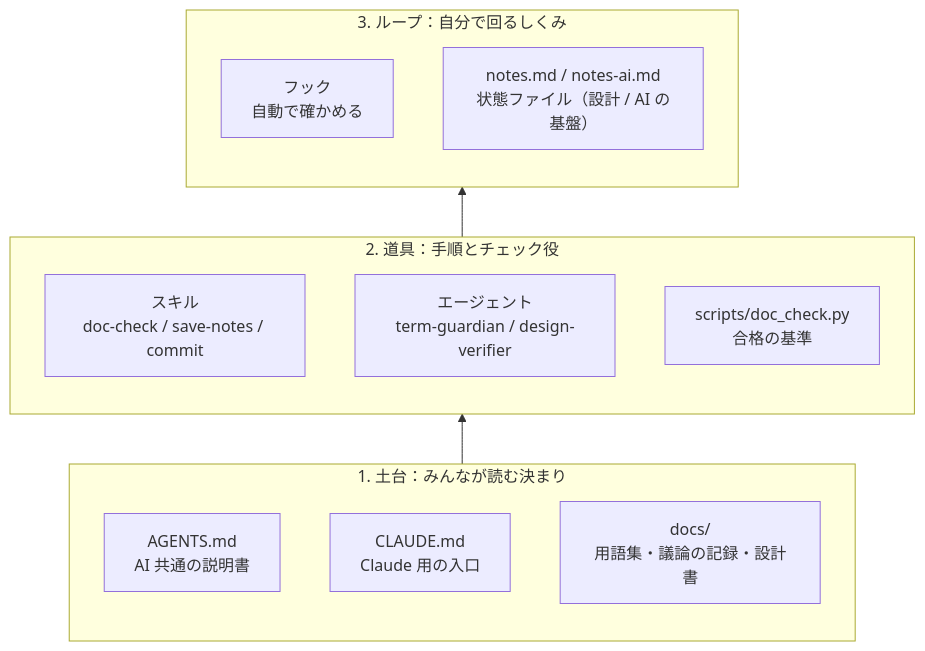
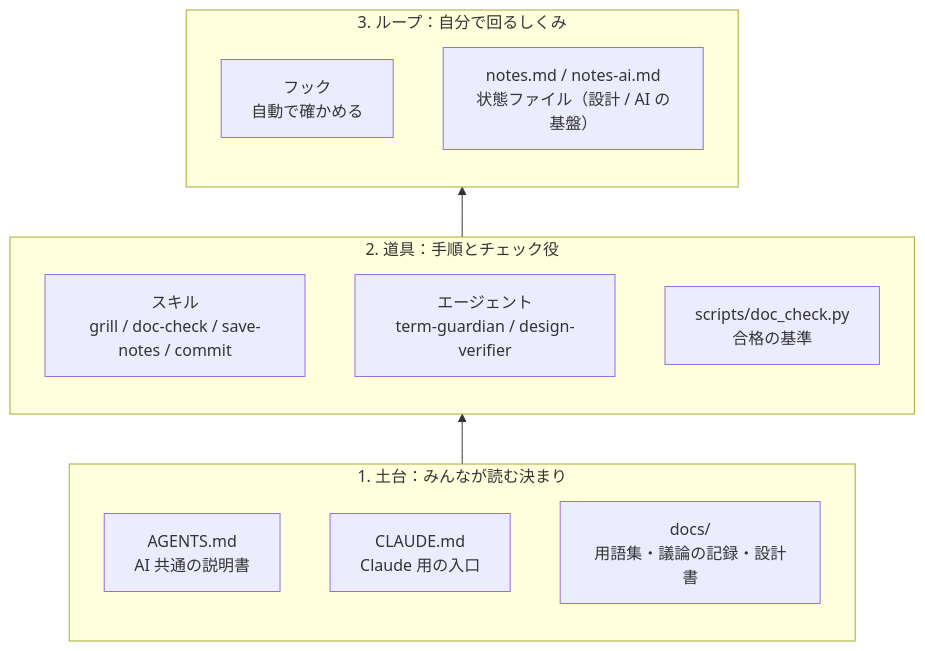
The first of 2 diagrams in .claude/README.md (capypara20/Foxonar), drawn with Mermaid before and after one commit. The commit also changed other lines of this file and 2 other files, not shown here.

Commit message:
設計を詰めるスキル grill を足す
mattpocock/skills の grilling と domain-modeling の考え方を借りて、
Foxonar の文書の形に合わせた（Roze が選んだ）。

- 宿題一覧の「決めること」を前提の木にし、今聞ける問いだけを、
  具体例とおすすめつきでボタンの 4 問ずつ聞く
- 決まったら回ごとに、設計書へ書いて宿題一覧から消す。理由や
  言葉に関わるものは議論の記録へ。木は作業メモに残す
- 調べれば分かることは聞かない。言葉のずれはその場で直す。
  決まったことを具体例で試し、ほころびを木に足す
- CLAUDE.md のスキルの表と、.claude/README.md に grill を足した

````diff
--- a/.claude/README.md
+++ b/.claude/README.md
@@ -14,18 +14,18 @@
 ```mermaid
 flowchart BT
   subgraph base["1. 土台：みんなが読む決まり"]
     agents["AGENTS.md<br>AI 共通の説明書"]
     claude["CLAUDE.md<br>Claude 用の入口"]
     docs["docs/<br>用語集・議論の記録・設計書"]
   end
   subgraph tools["2. 道具：手順とチェック役"]
-    skills["スキル<br>doc-check / save-notes / commit"]
+    skills["スキル<br>grill / doc-check / save-notes / commit"]
     subagents["エージェント<br>term-guardian / design-verifier"]
     script["scripts/doc_check.py<br>合格の基準"]
   end
   subgraph loop["3. ループ：自分で回るしくみ"]
     hooks["フック<br>自動で確かめる"]
     notes["notes.md / notes-ai.md<br>状態ファイル（設計 / AI の基盤）"]
   end
   base --> tools --> loop
 ```
````
